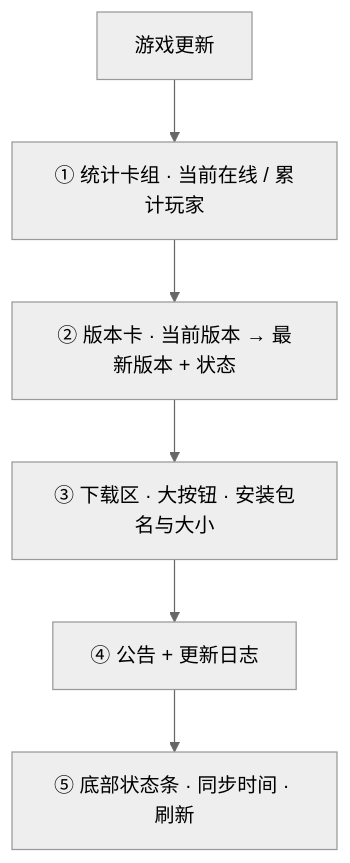
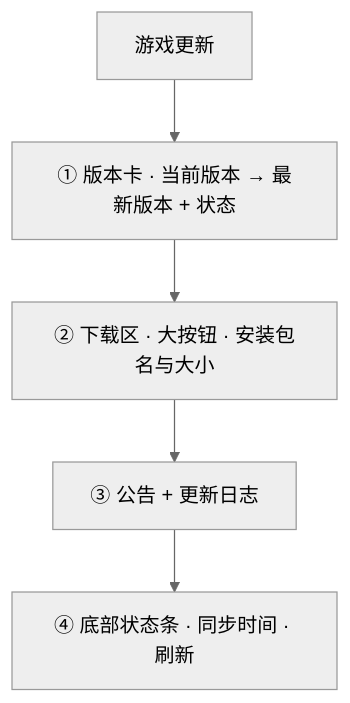
One commit to Structuretxwd/LetsGal-Studio-Extension changed the first of 3 diagrams in README.md. Above: the diagram before and after it, drawn with Mermaid (neutral theme). The commit also changed other lines of this file and 9 other files, not shown here.

````diff
--- a/README.md
+++ b/README.md
@@ -61,9 +60,8 @@
 ```mermaid
 flowchart TB
     T["游戏更新"]
-    T --> S["① 统计卡组 · 当前在线 / 累计玩家"]
-    S --> V["② 版本卡 · 当前版本 → 最新版本 + 状态"]
-    V --> D["③ 下载区 · 大按钮 · 安装包名与大小"]
-    D --> A["④ 公告 + 更新日志"]
-    A --> F["⑤ 底部状态条 · 同步时间 · 刷新"]
+    T --> V["① 版本卡 · 当前版本 → 最新版本 + 状态"]
+    V --> D["② 下载区 · 大按钮 · 安装包名与大小"]
+    D --> A["③ 公告 + 更新日志"]
+    A --> F["④ 底部状态条 · 同步时间 · 刷新"]
 ```
````
